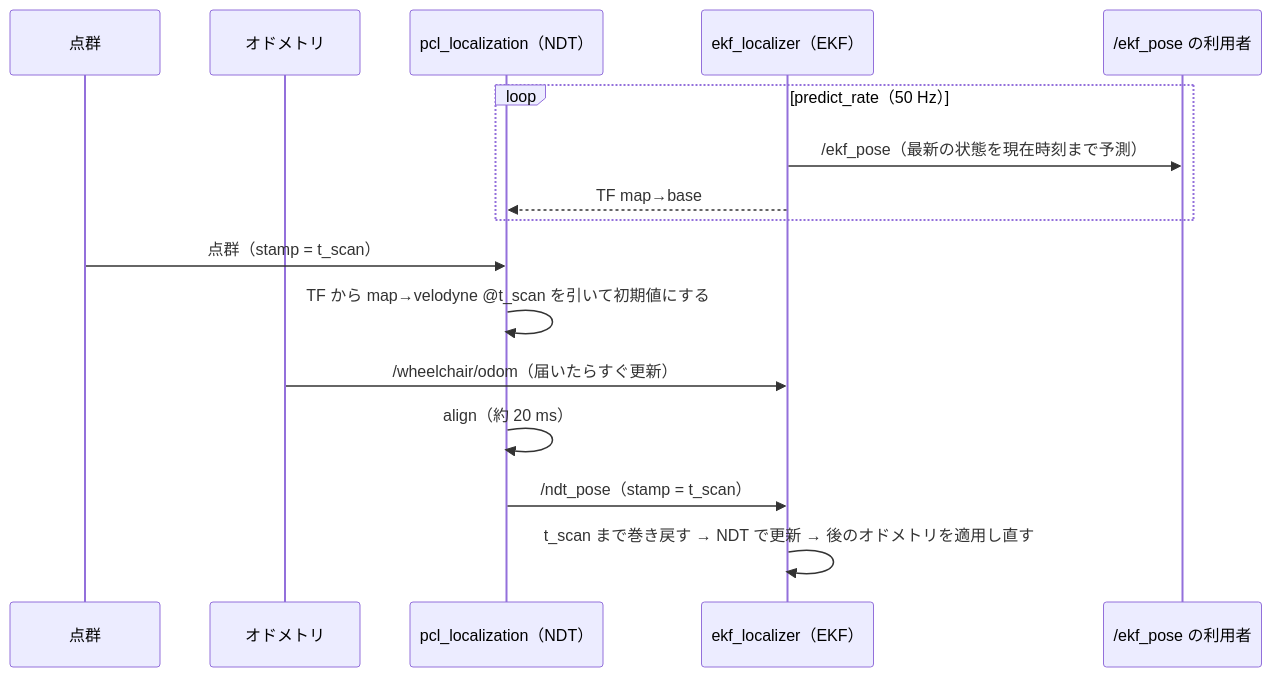
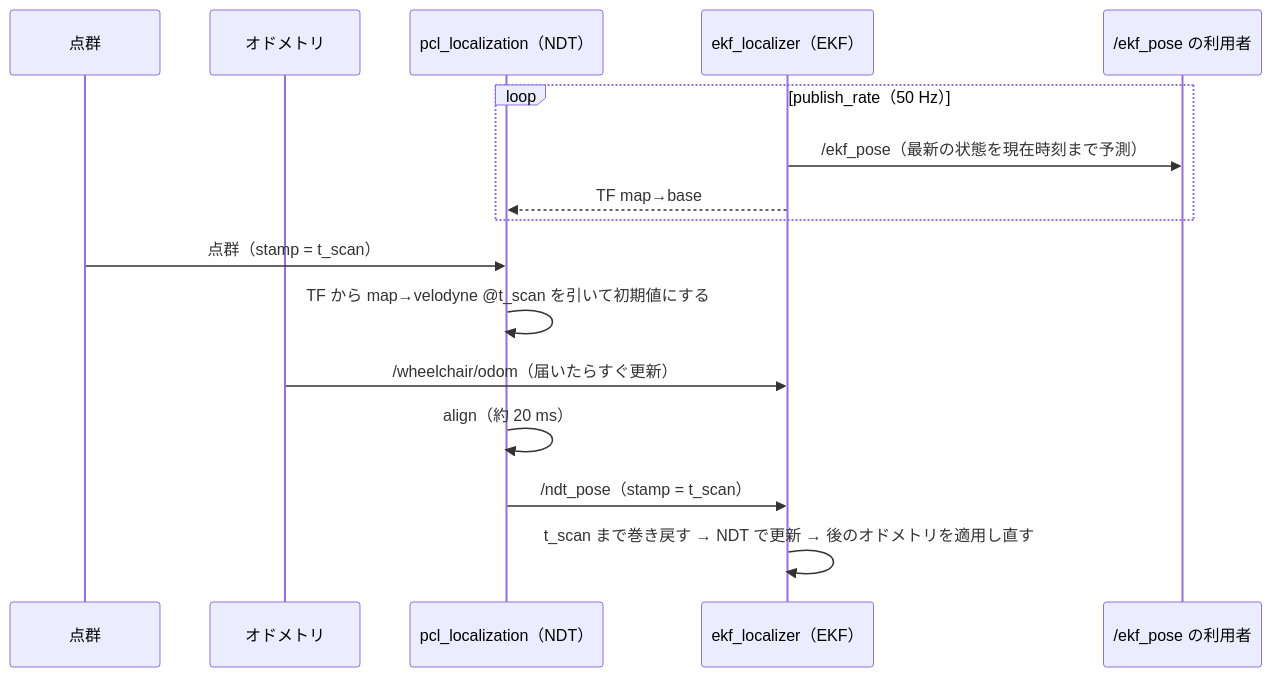
The fifth of 5 diagrams in docs/node_graph.md (MaeharaTakumi/localization_bringup), drawn with Mermaid before and after one commit. The commit also changed other lines of this file and 4 other files, not shown here.

Commit message:
ekf_localizer parameters renamed: publish_rate, odom_noise_tau, ndt_gate, odom_gate

````diff
--- a/docs/node_graph.md
+++ b/docs/node_graph.md
@@ -162,19 +162,19 @@
 ```mermaid
 sequenceDiagram
   participant S as 点群
   participant O as オドメトリ
   participant N as pcl_localization（NDT）
   participant E as ekf_localizer（EKF）
   participant U as /ekf_pose の利用者
 
-  loop predict_rate（50 Hz）
+  loop publish_rate（50 Hz）
     E->>U: /ekf_pose（最新の状態を現在時刻まで予測）
     E-->>N: TF map→base
   end
   S->>N: 点群（stamp = t_scan）
   N->>N: TF から map→velodyne @t_scan を引いて初期値にする
   O->>E: /wheelchair/odom（届いたらすぐ更新）
   N->>N: align（約 20 ms）
   N->>E: /ndt_pose（stamp = t_scan）
   E->>E: t_scan まで巻き戻す → NDT で更新 → 後のオドメトリを適用し直す
 ```
````
